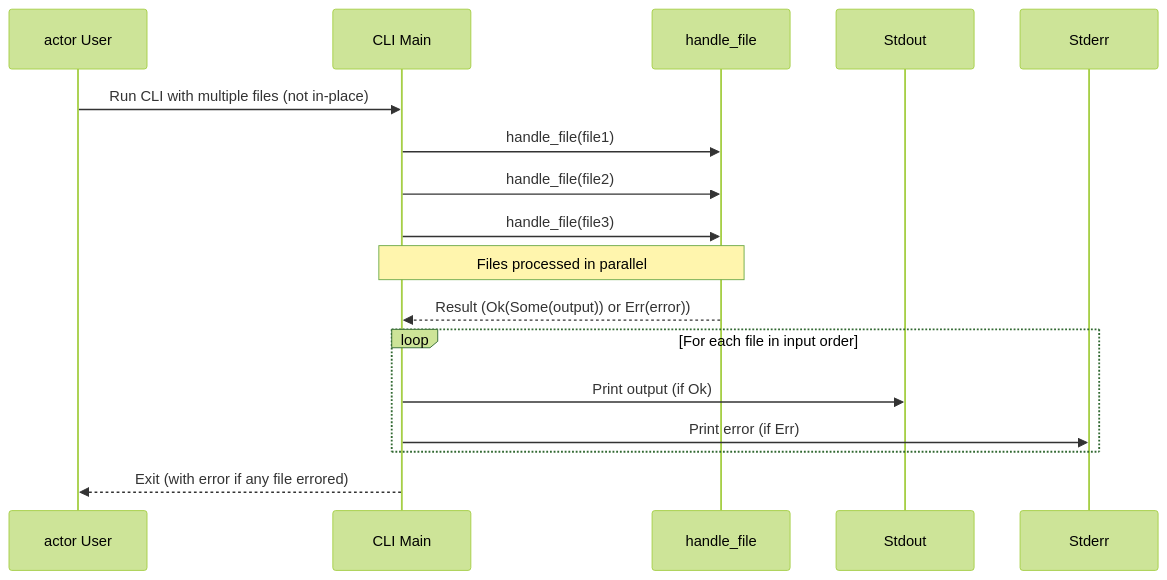
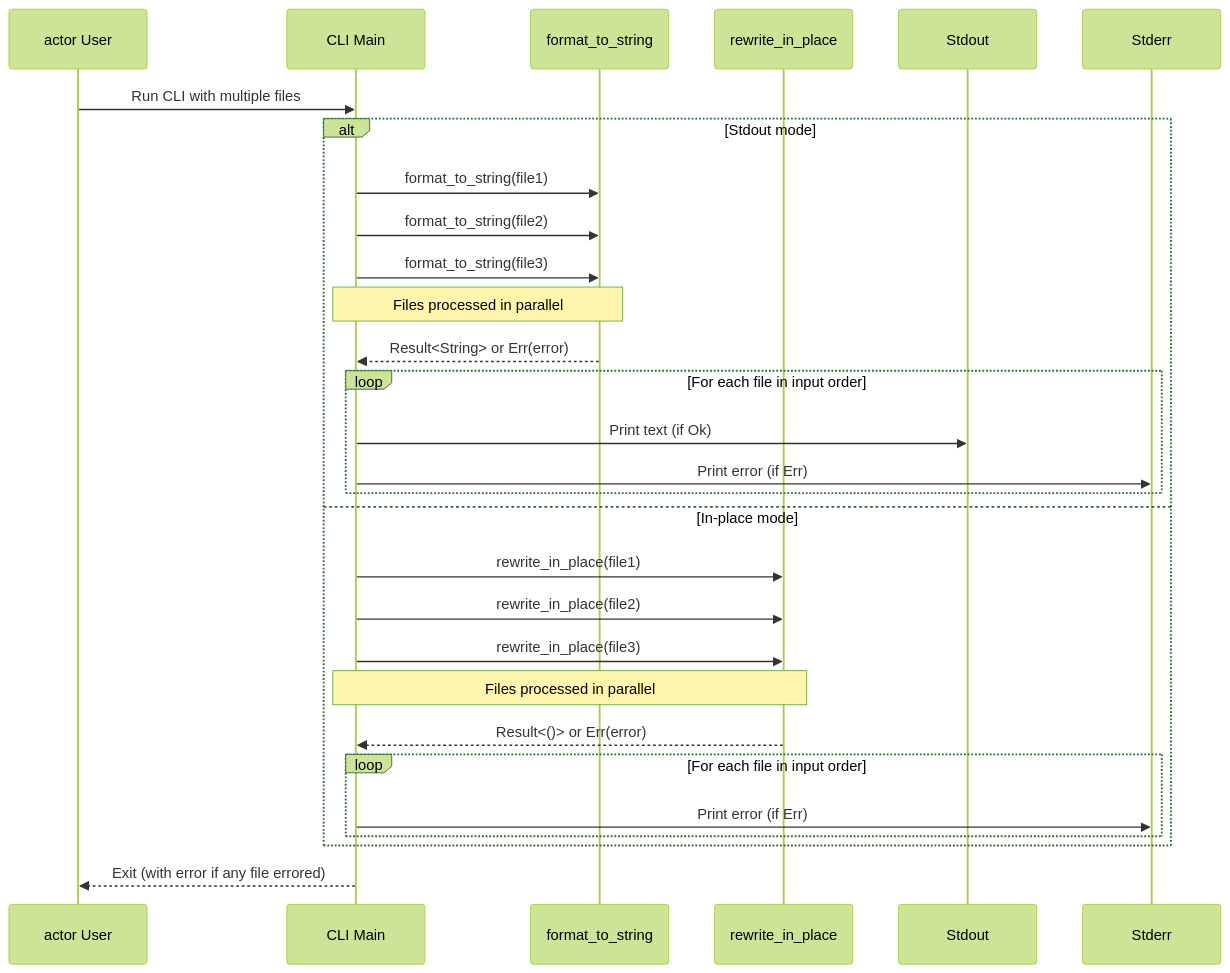
Before and after one commit to leynos/mdtablefix: the sixth of 6 diagrams in docs/architecture.md, drawn with Mermaid (forest theme). The commit also changed other lines of this file, not shown here.

Commit message:
Document split CLI output handlers (#362)
Update the concurrency diagram so both parallel CLI modes reference the
current handlers and their concrete result contracts.

````diff
--- a/docs/architecture.md
+++ b/docs/architecture.md
@@ -615,20 +613,32 @@
 ```mermaid
 sequenceDiagram
     participant User as actor User
     participant CLI as CLI Main
-    participant FileHandler as handle_file
+    participant Formatter as format_to_string
+    participant Rewriter as rewrite_in_place
     participant Stdout as Stdout
     participant Stderr as Stderr
 
-    User->>CLI: Run CLI with multiple files (not in-place)
-    CLI->>FileHandler: handle_file(file1)
-    CLI->>FileHandler: handle_file(file2)
-    CLI->>FileHandler: handle_file(file3)
-    Note over CLI,FileHandler: Files processed in parallel
-    FileHandler-->>CLI: Result (Ok(Some(output)) or Err(error))
-    loop For each file in input order
-        CLI->>Stdout: Print output (if Ok)
-        CLI->>Stderr: Print error (if Err)
+    User->>CLI: Run CLI with multiple files
+    alt Stdout mode
+        CLI->>Formatter: format_to_string(file1)
+        CLI->>Formatter: format_to_string(file2)
+        CLI->>Formatter: format_to_string(file3)
+        Note over CLI,Formatter: Files processed in parallel
+        Formatter-->>CLI: Result<String> or Err(error)
+        loop For each file in input order
+            CLI->>Stdout: Print text (if Ok)
+            CLI->>Stderr: Print error (if Err)
+        end
+    else In-place mode
+        CLI->>Rewriter: rewrite_in_place(file1)
+        CLI->>Rewriter: rewrite_in_place(file2)
+        CLI->>Rewriter: rewrite_in_place(file3)
+        Note over CLI,Rewriter: Files processed in parallel
+        Rewriter-->>CLI: Result<()> or Err(error)
+        loop For each file in input order
+            CLI->>Stderr: Print error (if Err)
+        end
     end
     CLI-->>User: Exit (with error if any file errored)
 ```
````
